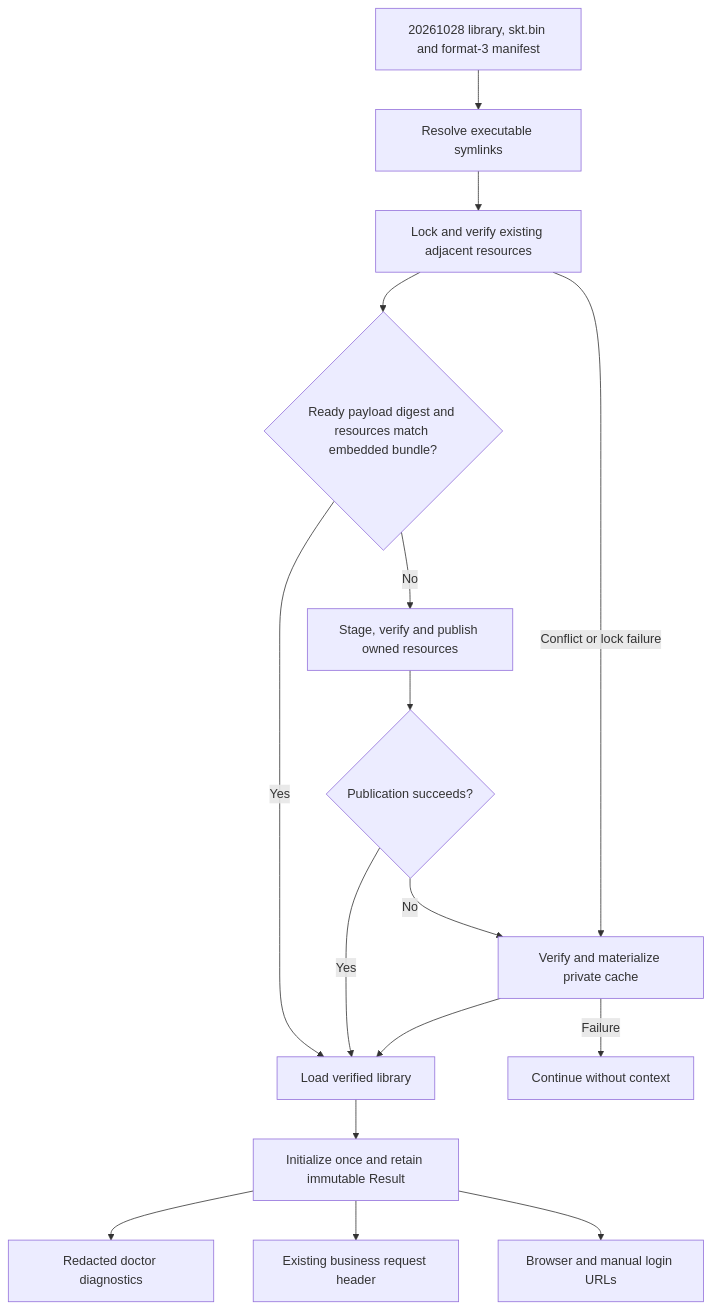
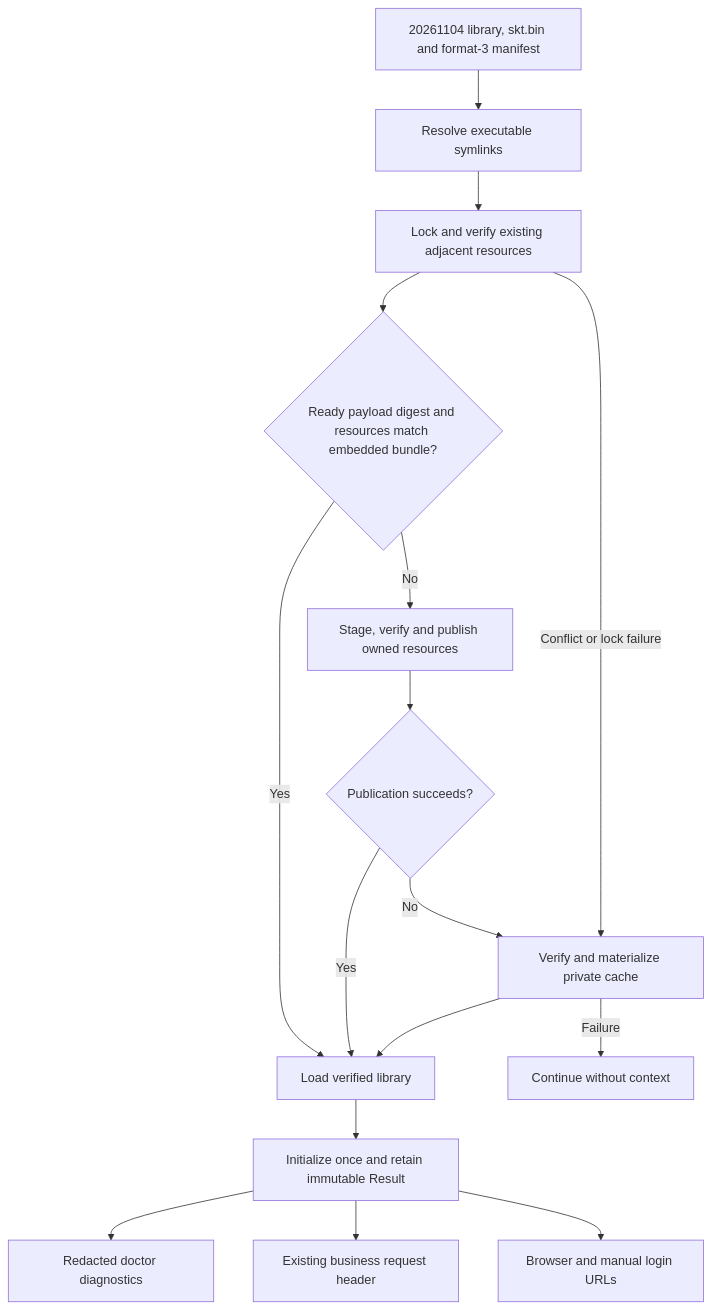
Before and after one commit to DingTalk-Real-AI/dingtalk-workspace-cli: the diagram in docs/runtime-context.md, drawn with Mermaid. The commit also changed other lines of this file and 32 other files, not shown here.

````diff
--- a/docs/runtime-context.md
+++ b/docs/runtime-context.md
@@ -65,18 +65,18 @@
 ```mermaid
 flowchart TD
-    A[20261028 library, skt.bin and format-3 manifest] --> B[Resolve executable symlinks]
+    A[20261104 library, skt.bin and format-3 manifest] --> B[Resolve executable symlinks]
     B --> C[Lock and verify existing adjacent resources]
     C --> L{Ready payload digest and resources match embedded bundle?}
     L -- Yes --> F[Load verified library]
     L -- No --> M[Stage, verify and publish owned resources]
     M --> D{Publication succeeds?}
     C -- Conflict or lock failure --> E[Verify and materialize private cache]
     D -- Yes --> F
     D -- No --> E[Verify and materialize private cache]
     E --> F
     E -- Failure --> G[Continue without context]
     F --> H[Initialize once and retain immutable Result]
     H --> I[Redacted doctor diagnostics]
     H --> J[Existing business request header]
     H --> K[Browser and manual login URLs]
 ```
````
